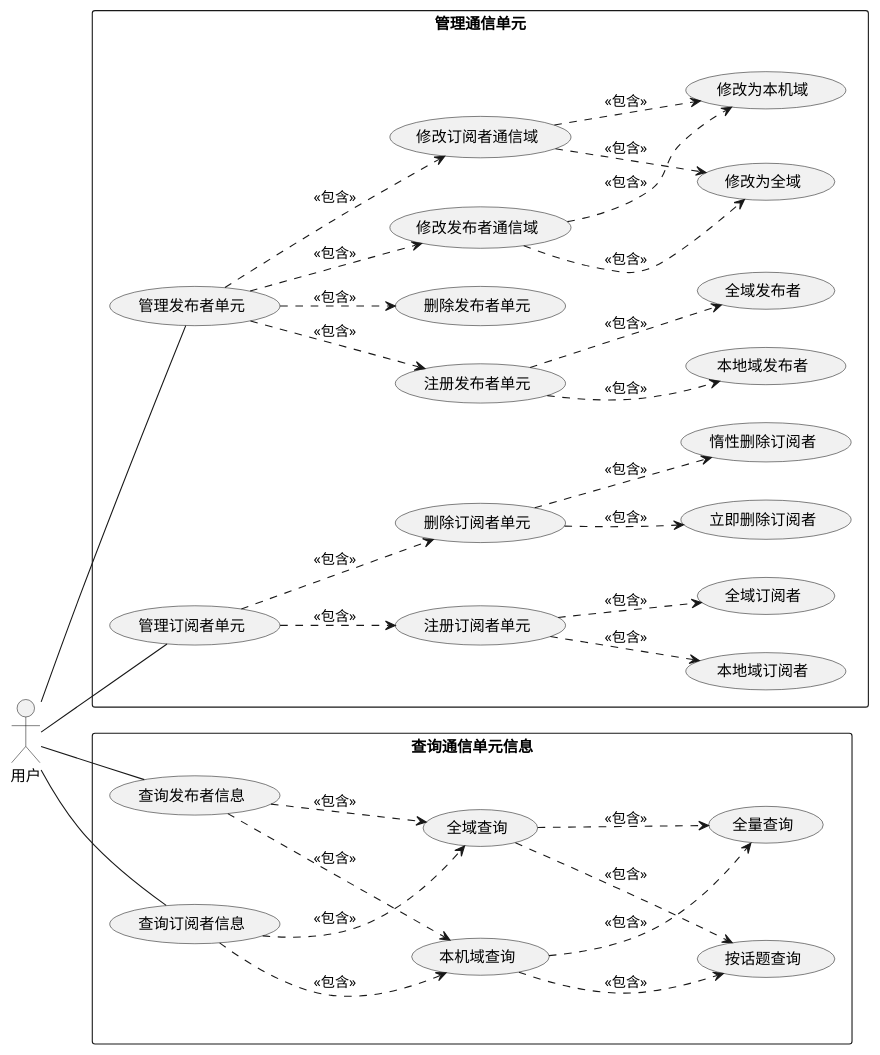
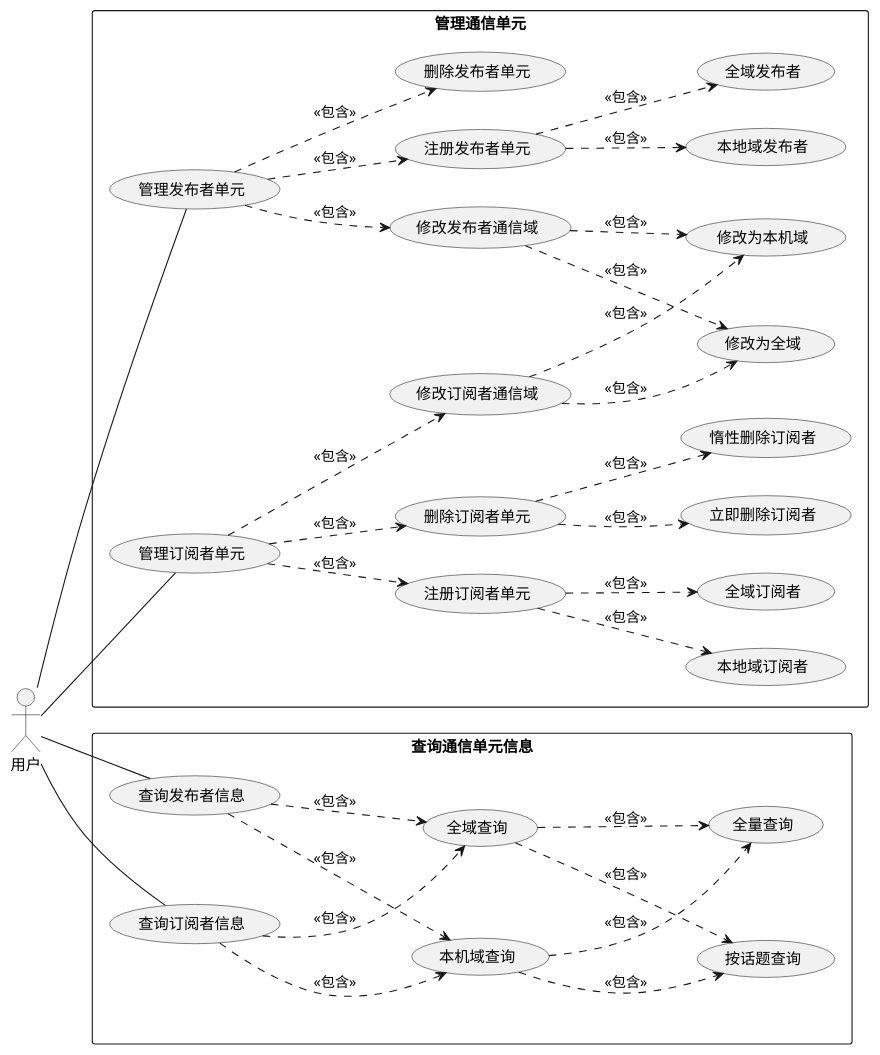
One commit to woshigerunze/new_paper changed the diagram in uml/uml-0-0.wsd. Above: the diagram before and after it, drawn with PlantUML. The commit also changed 5 other files, not shown here.

Commit message:
修改错字 && 修改插图错误

```diff
--- a/uml/uml-0-0.wsd
+++ b/uml/uml-0-0.wsd
@@ -1,38 +1,38 @@
 @startuml
 left to right direction
 skinparam packageStyle rectangle
 actor 用户
 rectangle 管理通信单元 {
 用户 -- (管理发布者单元)
 (管理发布者单元) .-> (注册发布者单元) : <<包含>>
 (管理发布者单元) .-> (删除发布者单元) : <<包含>>
 (管理发布者单元) .-> (修改发布者通信域) : <<包含>>
 (修改发布者通信域) .-> (修改为全域) : <<包含>>
 (修改发布者通信域) .-> (修改为本机域) : <<包含>>
 (注册发布者单元) .-> (本地域发布者) : <<包含>>
 (注册发布者单元) .-> (全域发布者) : <<包含>>
 
 用户 -- (管理订阅者单元)
 (管理订阅者单元) .-> (注册订阅者单元) : <<包含>>
 (管理订阅者单元) .-> (删除订阅者单元) : <<包含>>
-(管理发布者单元) .-> (修改订阅者通信域) : <<包含>>
+(管理订阅者单元) .-> (修改订阅者通信域) : <<包含>>
 (修改订阅者通信域) .-> (修改为全域) : <<包含>>
 (修改订阅者通信域) .-> (修改为本机域) : <<包含>>
 (注册订阅者单元) .-> (本地域订阅者) : <<包含>>
 (注册订阅者单元) .-> (全域订阅者) : <<包含>>
 删除订阅者单元 .-> (立即删除订阅者) : <<包含>>
 删除订阅者单元 .-> (惰性删除订阅者) : <<包含>>
 }
 rectangle 查询通信单元信息 {
 用户 -- (查询发布者信息)
 用户 -- (查询订阅者信息)
 (查询发布者信息) .-> (本机域查询) : <<包含>>
 (查询发布者信息) .-> (全域查询) : <<包含>>
 (查询订阅者信息) .-> (本机域查询) : <<包含>>
 (查询订阅者信息) .-> (全域查询) : <<包含>>
 (本机域查询) .-> (按话题查询) : <<包含>>
 (全域查询) .-> (按话题查询) : <<包含>>
 (本机域查询) .-> (全量查询) : <<包含>>
 (全域查询) .-> (全量查询) : <<包含>>
 }
 @enduml
```
